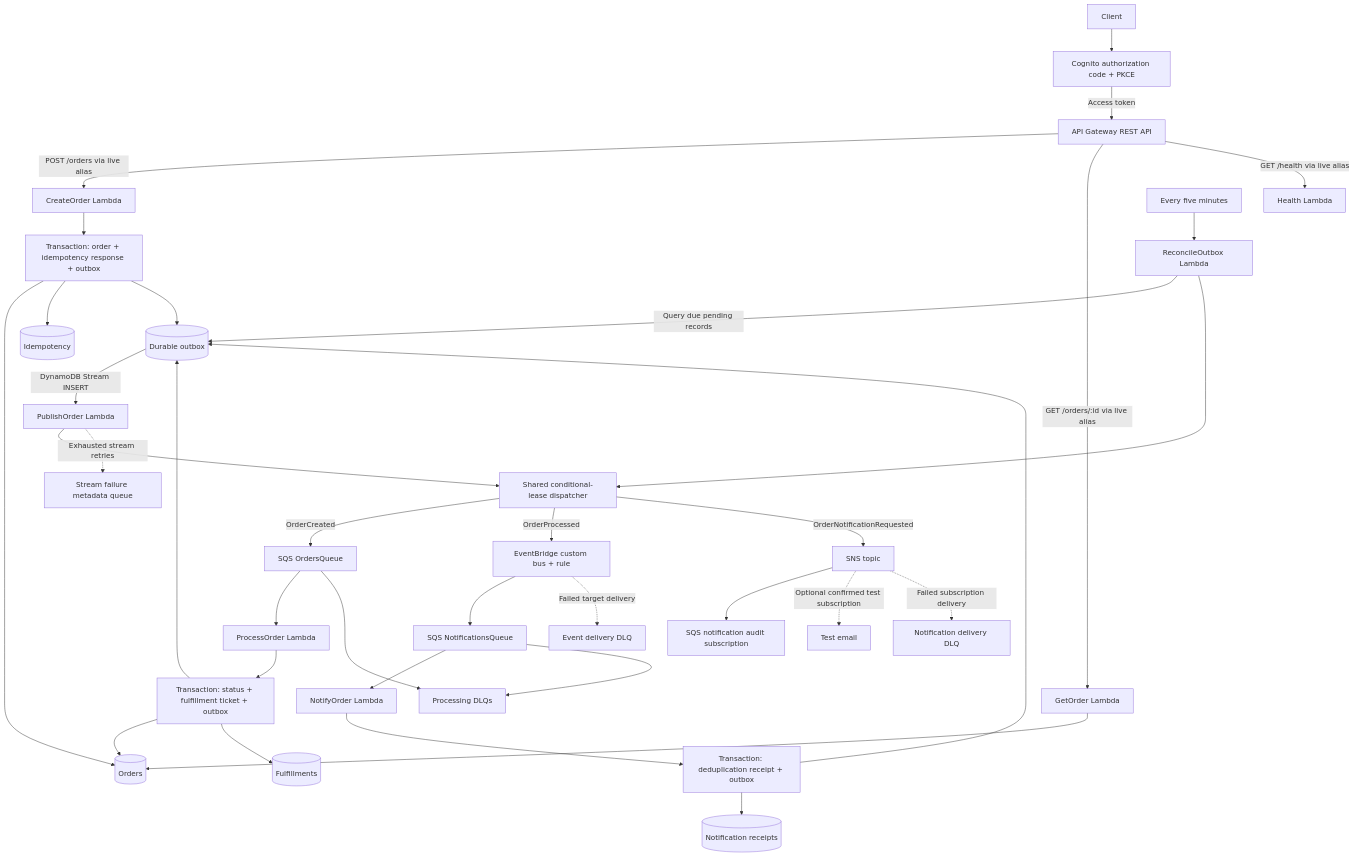
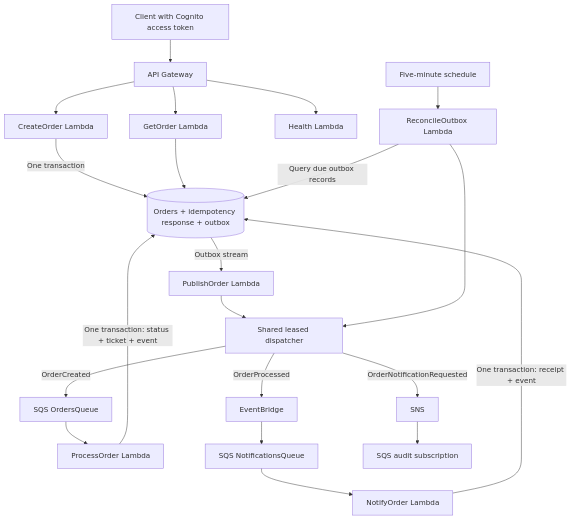
Before and after one commit to helberjf/aws-serverless-orders: the diagram in README.md, drawn with Mermaid. The commit also changed other lines of this file, not shown here.

First line of the commit message:
docs: streamline overview and highlight recorded architecture tradeoffs

````diff
--- a/README.md
+++ b/README.md
@@ -15,38 +24,23 @@
 ```mermaid
 flowchart TD
-    User[Client] --> Cognito[Cognito authorization code + PKCE]
-    Cognito -->|Access token| API[API Gateway REST API]
-    API -->|POST /orders via live alias| Create[CreateOrder Lambda]
-    API -->|GET /orders/:id via live alias| Get[GetOrder Lambda]
-    API -->|GET /health via live alias| Health[Health Lambda]
-    Get --> Orders[(Orders)]
-    Create --> T1[Transaction: order + idempotency response + outbox]
-    T1 --> Orders
-    T1 --> Idem[(Idempotency)]
-    T1 --> Outbox[(Durable outbox)]
-    Outbox -->|DynamoDB Stream INSERT| Publisher[PublishOrder Lambda]
-    Schedule[Every five minutes] --> Recovery[ReconcileOutbox Lambda]
-    Recovery -->|Query due pending records| Outbox
-    Recovery --> Dispatch[Shared conditional-lease dispatcher]
-    Publisher --> Dispatch
-    Dispatch -->|OrderCreated| Queue[SQS OrdersQueue]
-    Queue --> Process[ProcessOrder Lambda]
-    Process --> T2[Transaction: status + fulfillment ticket + outbox]
-    T2 --> Orders
-    T2 --> Tickets[(Fulfillments)]
-    T2 --> Outbox
-    Dispatch -->|OrderProcessed| Bus[EventBridge custom bus + rule]
-    Bus --> NQ[SQS NotificationsQueue]
-    NQ --> Notify[NotifyOrder Lambda]
-    Notify --> T3[Transaction: deduplication receipt + outbox]
-    T3 --> Receipts[(Notification receipts)]
-    T3 --> Outbox
-    Dispatch -->|OrderNotificationRequested| SNS[SNS topic]
-    SNS --> Audit[SQS notification audit subscription]
-    SNS -. Optional confirmed test subscription .-> Email[Test email]
-    Queue --> DLQ[Processing DLQs]
-    NQ --> DLQ
-    Bus -. Failed target delivery .-> EDLQ[Event delivery DLQ]
-    SNS -. Failed subscription delivery .-> SDLQ[Notification delivery DLQ]
-    Publisher -. Exhausted stream retries .-> PDLQ[Stream failure metadata queue]
+    Client[Client with Cognito access token] --> API[API Gateway]
+    API --> Create[CreateOrder Lambda]
+    API --> Get[GetOrder Lambda]
+    API --> Health[Health Lambda]
+    Create -->|One transaction| Data[(Orders + idempotency response + outbox)]
+    Get --> Data
+    Data -->|Outbox stream| Publish[PublishOrder Lambda]
+    Schedule[Five-minute schedule] --> Recover[ReconcileOutbox Lambda]
+    Recover -->|Query due outbox records| Data
+    Publish --> Dispatch[Shared leased dispatcher]
+    Recover --> Dispatch
+    Dispatch -->|OrderCreated| OrdersQ[SQS OrdersQueue]
+    OrdersQ --> Process[ProcessOrder Lambda]
+    Process -->|One transaction: status + ticket + event| Data
+    Dispatch -->|OrderProcessed| Bus[EventBridge]
+    Bus --> NotifyQ[SQS NotificationsQueue]
+    NotifyQ --> Notify[NotifyOrder Lambda]
+    Notify -->|One transaction: receipt + event| Data
+    Dispatch -->|OrderNotificationRequested| SNS[SNS]
+    SNS --> Audit[SQS audit subscription]
 ```
````
